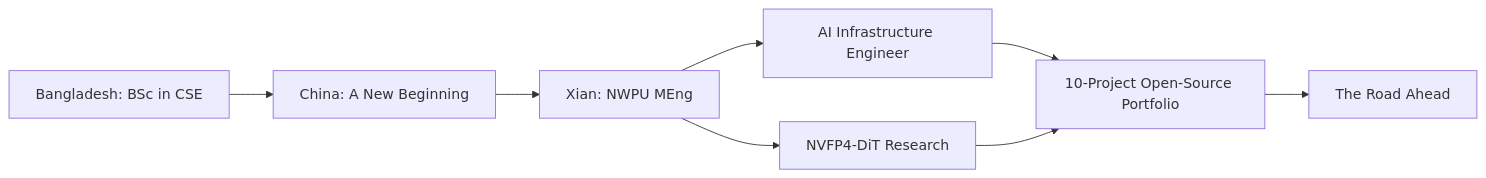
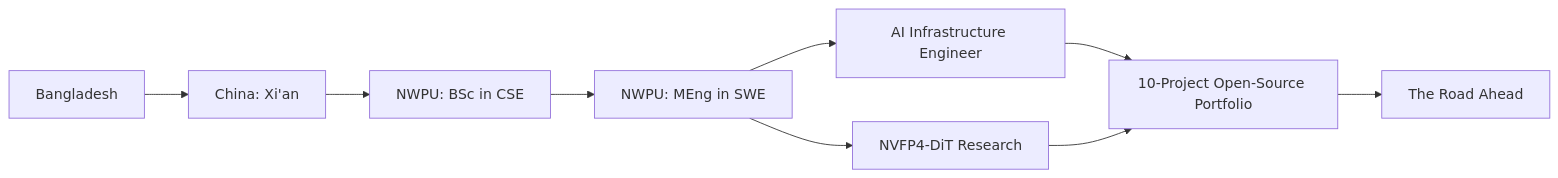
Before and after one commit to theraihanrakibb/theraihanrakibb: the diagram in README.md, drawn with Mermaid. The commit also changed other lines of this file, not shown here.

Commit message:
docs(profile): fix journey (BS+MS at NWPU Xi'an) and broken streak card
Streak stats now use streak-stats.demolab.com (herokuapp domain is dead).

````diff
--- a/README.md
+++ b/README.md
@@ -35,10 +35,11 @@
 ```mermaid
 flowchart LR
-    BD[Bangladesh: BSc in CSE] --> CN[China: A New Beginning]
-    CN --> XA[Xian: NWPU MEng]
-    XA --> AI[AI Infrastructure Engineer]
-    XA --> RS[NVFP4-DiT Research]
+    BD[Bangladesh] --> CN[China: Xi'an]
+    CN --> BS[NWPU: BSc in CSE]
+    BS --> MS[NWPU: MEng in SWE]
+    MS --> AI[AI Infrastructure Engineer]
+    MS --> RS[NVFP4-DiT Research]
     AI --> PF[10-Project Open-Source Portfolio]
     RS --> PF
     PF --> FUT[The Road Ahead]
 ```
````
